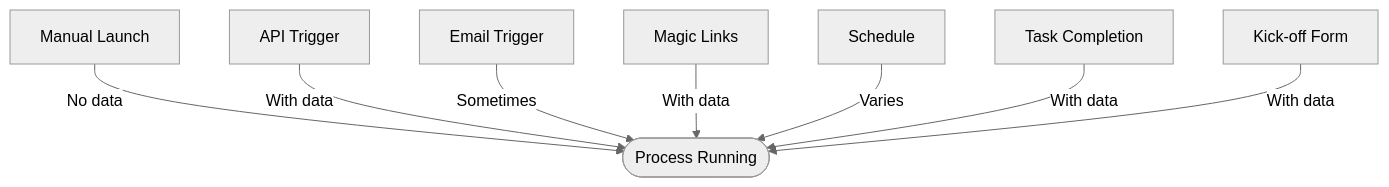
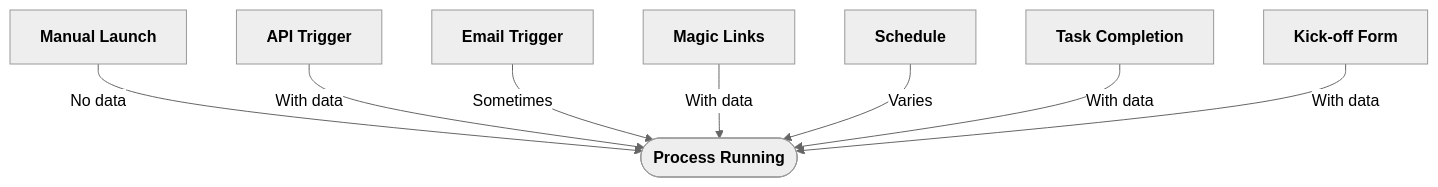
One commit to tallyfy/documentation changed the diagram in src/content/docs/pro/launching/triggers/index.mdx. Above: the diagram before and after it, drawn with Mermaid (neutral theme). The commit also changed 22 other files, not shown here.

Commit message:
Adding changes to Mermaid

````diff
--- a/src/content/docs/pro/launching/triggers/index.mdx
+++ b/src/content/docs/pro/launching/triggers/index.mdx
@@ -44,18 +44,18 @@
 ```mermaid
 flowchart TD
-    Manual[Manual Launch] -->|No data| Process
-    API[API Trigger] -->|With data| Process
-    Email[Email Trigger] -->|Sometimes| Process
-    Magic[Magic Links] -->|With data| Process
-    Schedule[Schedule] -->|Varies| Process
-    Task[Task Completion] -->|With data| Process
-    Form[Kick-off Form] -->|With data| Process
+    Manual["`**Manual Launch**`"] -->|"`No data`"| Process
+    API["`**API Trigger**`"] -->|"`With data`"| Process
+    Email["`**Email Trigger**`"] -->|"`Sometimes`"| Process
+    Magic["`**Magic Links**`"] -->|"`With data`"| Process
+    Schedule["`**Schedule**`"] -->|"`Varies`"| Process
+    Task["`**Task Completion**`"] -->|"`With data`"| Process
+    Form["`**Kick-off Form**`"] -->|"`With data`"| Process
     
-    Process([Process Running])
+    Process(["`**Process Running**`"])
     
     click API "/products/pro/launching/triggers/via-api/" "API trigger details"
     click Email "/products/pro/launching/triggers/via-email/" "Email trigger setup"
     click Magic "/products/pro/launching/triggers/magic-links/" "Magic link configuration"
     click Schedule "/products/pro/launching/triggers/via-middleware/" "Middleware scheduling"
     click Form "#kick-off-form" "Jump to form section"
 ```
````
